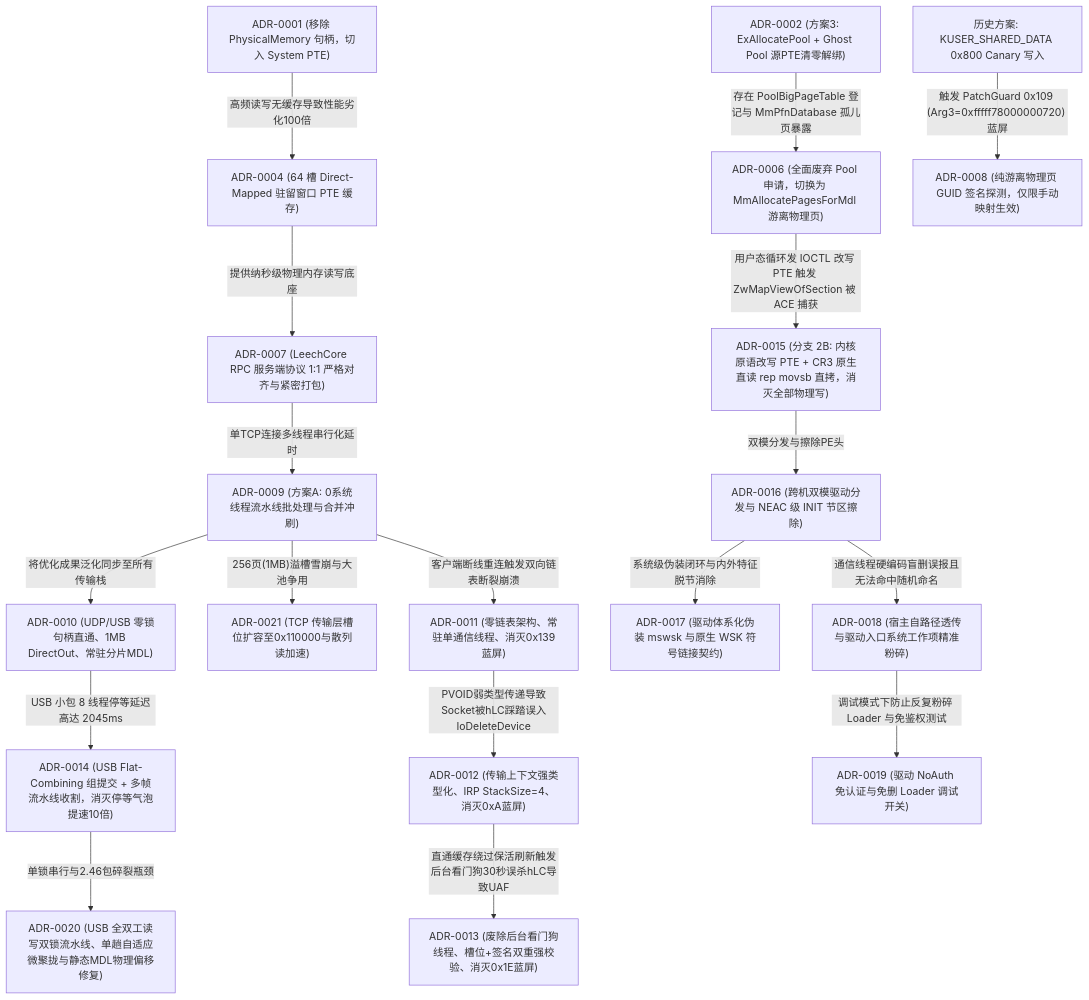
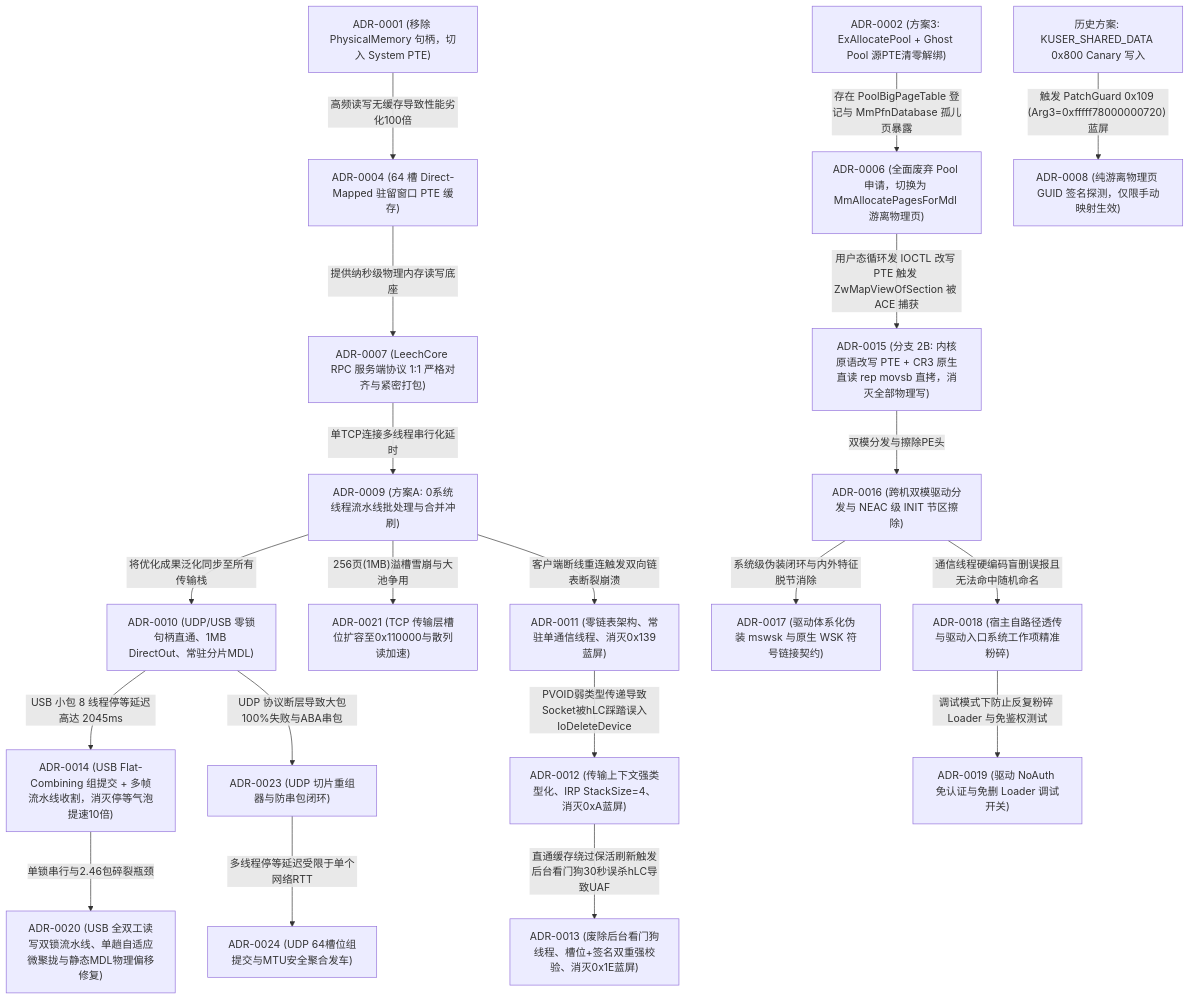
One commit to zhugeliang666/CheatDrv changed the diagram in docs/decisions/README.md. Above: the diagram before and after it, drawn with Mermaid. The commit also changed other lines of this file and 2 other files, not shown here.

Commit message:
feat(transport): 实现 UDP Flat-Combining 组提交与 MTU 安全聚合发车架构 (ADR-0024)

````diff
--- a/docs/decisions/README.md
+++ b/docs/decisions/README.md
@@ -39,21 +40,23 @@
 ```mermaid
 
 graph TD
     A["ADR-0002 (方案3: ExAllocatePool + Ghost Pool 源PTE清零解绑)"] --"存在 PoolBigPageTable 登记与 MmPfnDatabase 孤儿页暴露"--> B["ADR-0006 (全面废弃 Pool 申请，切换为 MmAllocatePagesForMdl 游离物理页)"]
     B --"用户态循环发 IOCTL 改写 PTE 触发 ZwMapViewOfSection 被 ACE 捕获"--> N["ADR-0015 (分支 2B: 内核原语改写 PTE + CR3 原生直读 rep movsb 直拷，消灭全部物理写)"]
     C["ADR-0001 (移除 PhysicalMemory 句柄，切入 System PTE)"] --"高频读写无缓存导致性能劣化100倍"--> D["ADR-0004 (64 槽 Direct-Mapped 驻留窗口 PTE 缓存)"]
     D --"提供纳秒级物理内存读写底座"--> E["ADR-0007 (LeechCore RPC 服务端协议 1:1 严格对齐与紧密打包)"]
     F["历史方案: KUSER_SHARED_DATA 0x800 Canary 写入"] --"触发 PatchGuard 0x109 (Arg3=0xfffff78000000720) 蓝屏"--> G["ADR-0008 (纯游离物理页 GUID 签名探测，仅限手动映射生效)"]
     E --"单TCP连接多线程串行化延时"--> H["ADR-0009 (方案A: 0系统线程流水线批处理与合并冲刷)"]
     H --"将优化成果泛化同步至所有传输栈"--> I["ADR-0010 (UDP/USB 零锁句柄直通、1MB DirectOut、常驻分片MDL)"]
     H --"256页(1MB)溢槽雪崩与大池争用"--> U["ADR-0021 (TCP 传输层槽位扩容至0x110000与散列读加速)"]
     H --"客户端断线重连触发双向链表断裂崩溃"--> J["ADR-0011 (零链表架构、常驻单通信线程、消灭0x139蓝屏)"]
     J --"PVOID弱类型传递导致Socket被hLC踩踏误入IoDeleteDevice"--> K["ADR-0012 (传输上下文强类型化、IRP StackSize=4、消灭0xA蓝屏)"]
     K --"直通缓存绕过保活刷新触发后台看门狗30秒误杀hLC导致UAF"--> L["ADR-0013 (废除后台看门狗线程、槽位+签名双重强校验、消灭0x1E蓝屏)"]
     I --"USB 小包 8 线程停等延迟高达 2045ms"--> M["ADR-0014 (USB Flat-Combining 组提交 + 多帧流水线收割，消灭停等气泡提速10倍)"]
     M --"单锁串行与2.46包碎裂瓶颈"--> T["ADR-0020 (USB 全双工读写双锁流水线、单趟自适应微聚拢与静态MDL物理偏移修复)"]
+    I --"UDP 协议断层导致大包100%失败与ABA串包"--> V["ADR-0023 (UDP 切片重组器与防串包闭环)"]
+    V --"多线程停等延迟受限于单个网络RTT"--> W["ADR-0024 (UDP 64槽位组提交与MTU安全聚合发车)"]
     N --"双模分发与擦除PE头"--> P["ADR-0016 (跨机双模驱动分发与 NEAC 级 INIT 节区擦除)"]
     P --"系统级伪装闭环与内外特征脱节消除"--> Q["ADR-0017 (驱动体系化伪装 mswsk 与原生 WSK 符号链接契约)"]
     P --"通信线程硬编码盲删误报且无法命中随机命名"--> R["ADR-0018 (宿主自路径透传与驱动入口系统工作项精准粉碎)"]
     R --"调试模式下防止反复粉碎 Loader 与免鉴权测试"--> S["ADR-0019 (驱动 NoAuth 免认证与免删 Loader 调试开关)"]
 ```
````
